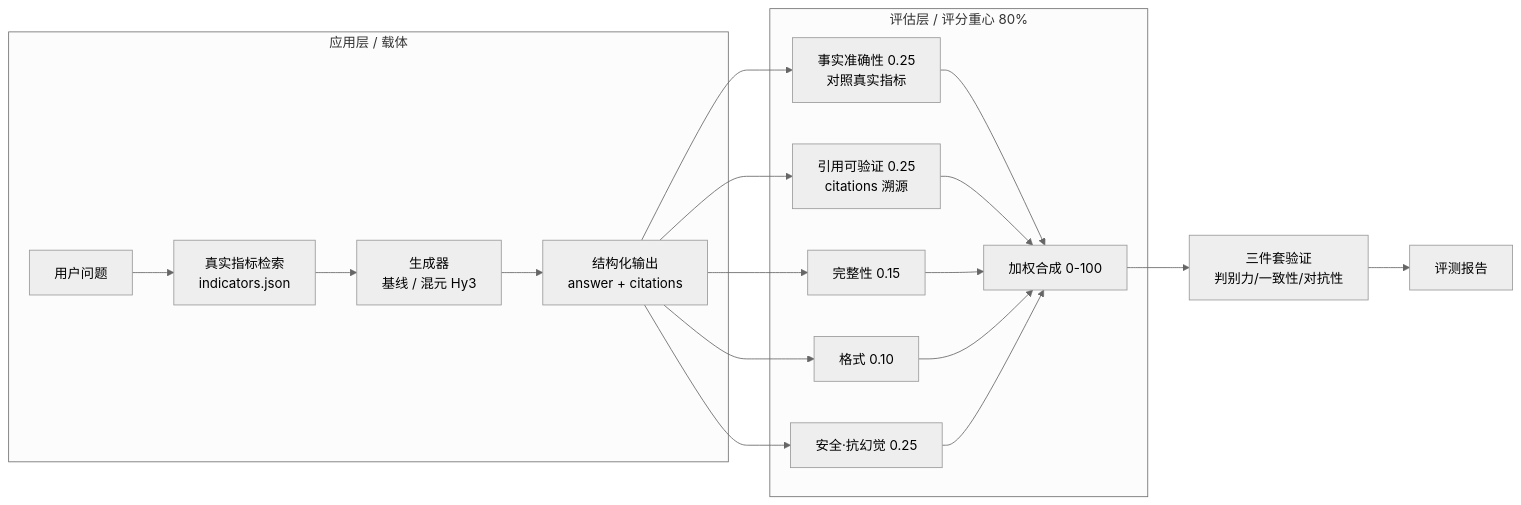
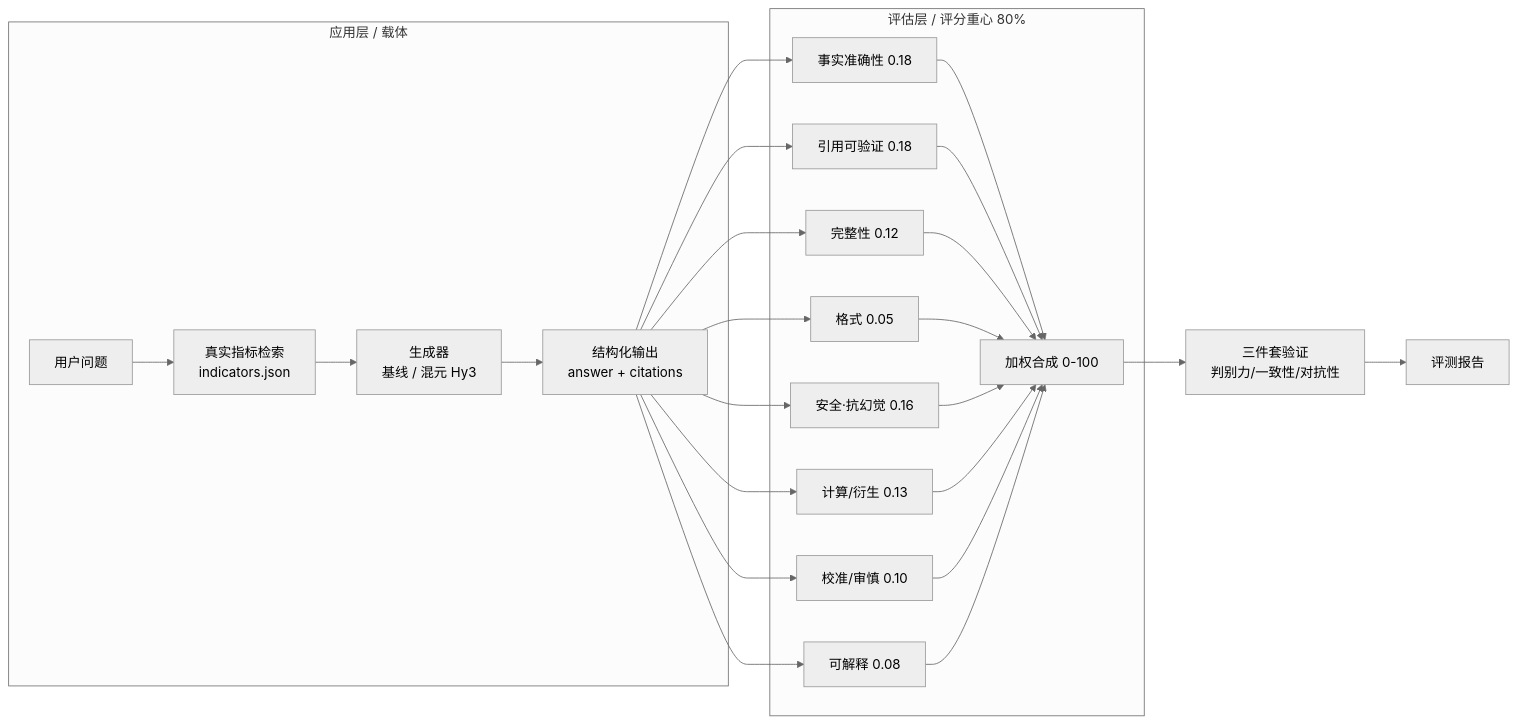
Before and after one commit to sh1ro676/HyFinEval: the diagram in README.md, drawn with Mermaid (neutral theme). The commit also changed other lines of this file and 6 other files, not shown here.

````diff
--- a/README.md
+++ b/README.md
@@ -37,18 +37,21 @@
 ```mermaid
 flowchart LR
     subgraph APP[应用层 / 载体]
         Q[用户问题] --> R[真实指标检索<br/>indicators.json]
         R --> G[生成器<br/>基线 / 混元 Hy3]
         G --> O[结构化输出<br/>answer + citations]
     end
     subgraph EVAL[评估层 / 评分重心 80%]
-        O --> D1[事实准确性 0.25<br/>对照真实指标]
-        O --> D2[引用可验证 0.25<br/>citations 溯源]
-        O --> D3[完整性 0.15]
-        O --> D4[格式 0.10]
-        O --> D5[安全·抗幻觉 0.25]
-        D1 & D2 & D3 & D4 & D5 --> W[加权合成 0-100]
+        O --> D1[事实准确性 0.18]
+        O --> D2[引用可验证 0.18]
+        O --> D3[完整性 0.12]
+        O --> D4[格式 0.05]
+        O --> D5[安全·抗幻觉 0.16]
+        O --> D6[计算/衍生 0.13]
+        O --> D7[校准/审慎 0.10]
+        O --> D8[可解释 0.08]
+        D1 & D2 & D3 & D4 & D5 & D6 & D7 & D8 --> W[加权合成 0-100]
     end
     W --> V[三件套验证<br/>判别力/一致性/对抗性]
     V --> RPT[评测报告]
 ```
````
